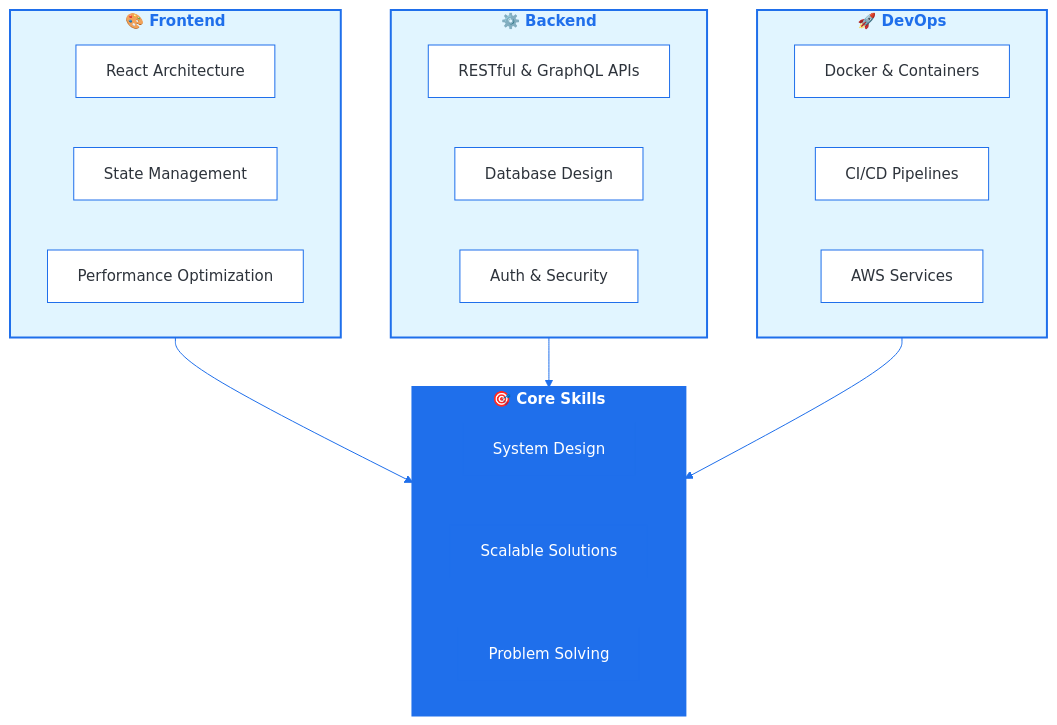
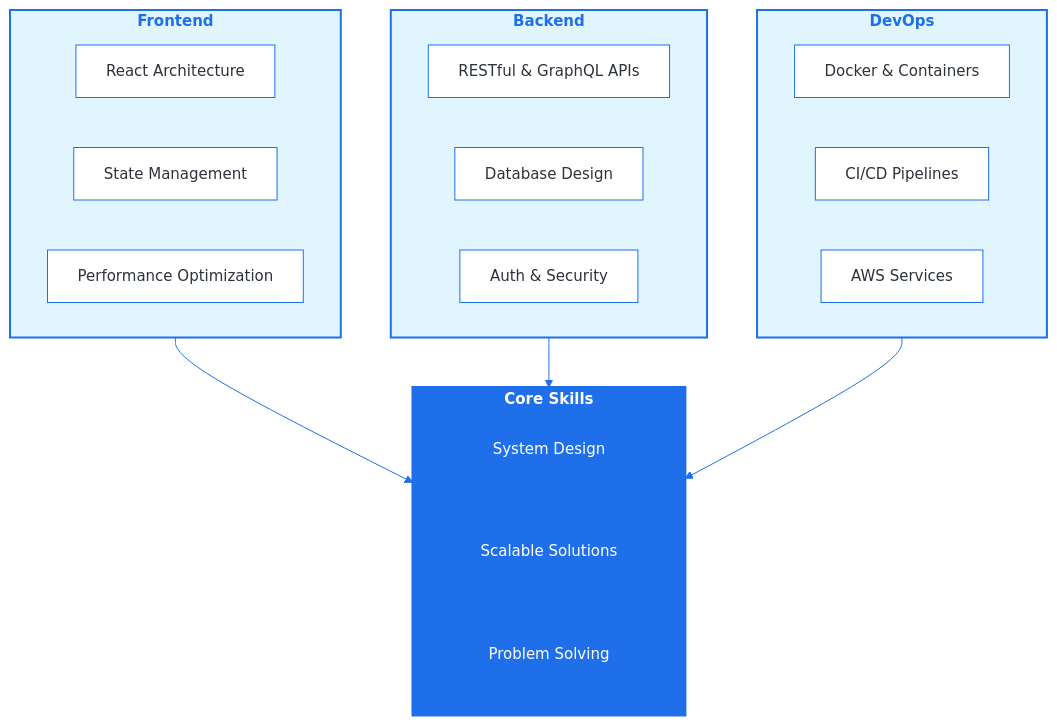
The second of 3 diagrams in README.md (vikrantwiz02/vikrantwiz02), drawn with Mermaid before and after one commit. The commit also changed other lines of this file, not shown here.

````diff
--- a/README.md
+++ b/README.md
@@ -125,48 +125,48 @@
 ```mermaid
 %%{init: {'flowchart': {'htmlLabels': true}, 'theme': 'base', 'themeVariables': { 'primaryColor':'#e1f5ff', 'primaryBorderColor':'#1f6feb', 'lineColor':'#1f6feb', 'tertiaryColor':'#1f6feb', 'tertiaryTextColor':'#fff', 'fontSize':'15px', 'fontFamily': 'Segoe UI'}}}%%
 graph TB
-    subgraph FRONTEND["<b>🎨 Frontend</b>"]
+    subgraph FRONTEND["<b>Frontend</b>"]
         F1["React Architecture"]
         F2["State Management"]
         F3["Performance Optimization"]
     end
     
-    subgraph BACKEND["<b>⚙️ Backend</b>"]
+    subgraph BACKEND["<b>Backend</b>"]
         B1["RESTful & GraphQL APIs"]
         B2["Database Design"]
         B3["Auth & Security"]
     end
     
-    subgraph DEVOPS["<b>🚀 DevOps</b>"]
+    subgraph DEVOPS["<b>DevOps</b>"]
         D1["Docker & Containers"]
         D2["CI/CD Pipelines"]
         D3["AWS Services"]
     end
     
-    subgraph CORE["<b>🎯 Core Skills</b>"]
+    subgraph CORE["<b>Core Skills</b>"]
         E1["System Design"]
         E2["Scalable Solutions"]
         E3["Problem Solving"]
     end
     
     FRONTEND --> CORE
     BACKEND --> CORE
     DEVOPS --> CORE
     
     style FRONTEND fill:#e1f5ff,stroke:#1f6feb,stroke-width:2px,color:#1f6feb
     style BACKEND fill:#e1f5ff,stroke:#1f6feb,stroke-width:2px,color:#1f6feb
     style DEVOPS fill:#e1f5ff,stroke:#1f6feb,stroke-width:2px,color:#1f6feb
     style CORE fill:#1f6feb,stroke:#1f6feb,stroke-width:3px,color:#fff
     style F1 fill:#fff,color:#2d333b
     style F2 fill:#fff,color:#2d333b
     style F3 fill:#fff,color:#2d333b
     style B1 fill:#fff,color:#2d333b
     style B2 fill:#fff,color:#2d333b
     style B3 fill:#fff,color:#2d333b
     style D1 fill:#fff,color:#2d333b
     style D2 fill:#fff,color:#2d333b
     style D3 fill:#fff,color:#2d333b
     style E1 fill:#1f6feb,color:#fff
     style E2 fill:#1f6feb,color:#fff
     style E3 fill:#1f6feb,color:#fff
 ```
````
